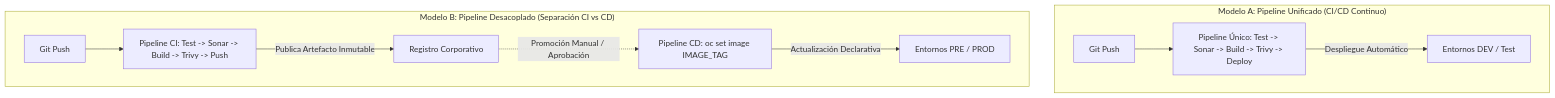
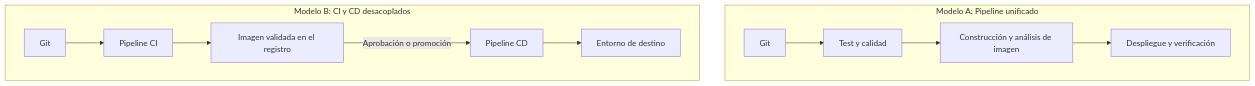
The second of 4 diagrams in docs/sesion4/4.7 Opciones de automatizacion.md (ieftraining/curso-openshift), drawn with Mermaid before and after one commit. The commit also changed other lines of this file, not shown here.

````diff
--- a/docs/sesion4/4.7 Opciones de automatizacion.md
+++ b/docs/sesion4/4.7 Opciones de automatizacion.md
@@ -77,15 +122,15 @@
 ```mermaid
 flowchart TD
-    subgraph subA ["Modelo A: Pipeline Unificado (CI/CD Continuo)"]
-        Git1[Git Push] --> CI_CD["Pipeline Único: Test -> Sonar -> Build -> Trivy -> Deploy"]
-        CI_CD -->|Despliegue Automático| OCP_DEV[Entornos DEV / Test]
+    subgraph A["Modelo A: Pipeline unificado"]
+        A1[Git] --> A2[Test y calidad]
+        A2 --> A3[Construcción y análisis de imagen]
+        A3 --> A4[Despliegue y verificación]
     end
 
-    subgraph subB ["Modelo B: Pipeline Desacoplado (Separación CI vs CD)"]
-        Git2[Git Push] --> CI_Only["Pipeline CI: Test -> Sonar -> Build -> Trivy -> Push"]
-        CI_Only -->|Publica Artefacto Inmutable| Reg[Registro Corporativo]
-        
-        Reg -.->|Promoción Manual / Aprobación| CD_Only["Pipeline CD: oc set image IMAGE_TAG"]
-        CD_Only -->|Actualización Declarativa| OCP_PROD[Entornos PRE / PROD]
+    subgraph B["Modelo B: CI y CD desacoplados"]
+        B1[Git] --> B2[Pipeline CI]
+        B2 --> B3[Imagen validada en el registro]
+        B3 -->|Aprobación o promoción| B4[Pipeline CD]
+        B4 --> B5[Entorno de destino]
     end
 ```
````
